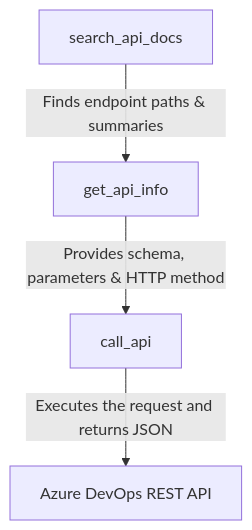
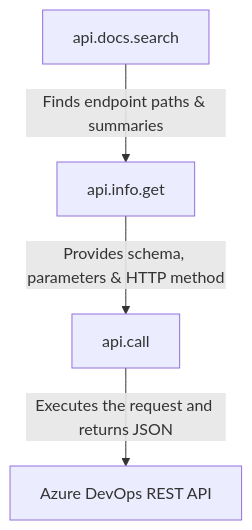
Before and after one commit to varnierg/MCP-for-AZURE-Devops: the diagram in wiki/Generic-REST-Client.md, drawn with Mermaid. The commit also changed other lines of this file and 6 other files, not shown here.

Commit message:
Fix tool naming mismatch, implement object outputSchemas, and update documentation

````diff
--- a/wiki/Generic-REST-Client.md
+++ b/wiki/Generic-REST-Client.md
@@ -16,6 +16,6 @@
 ```mermaid
 graph TD
-    A[search_api_docs] -->|Finds endpoint paths & summaries| B[get_api_info]
-    B -->|Provides schema, parameters & HTTP method| C[call_api]
+    A[api.docs.search] -->|Finds endpoint paths & summaries| B[api.info.get]
+    B -->|Provides schema, parameters & HTTP method| C[api.call]
     C -->|Executes the request and returns JSON| D[Azure DevOps REST API]
 ```
````
